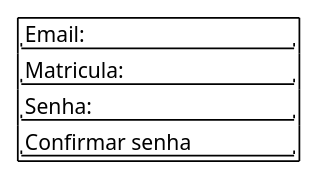
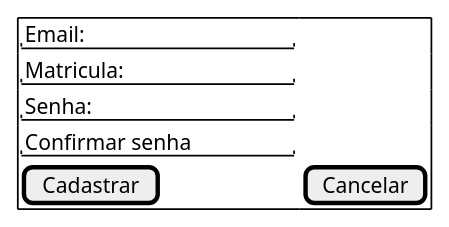
One commit to Projetos-de-Extensao/PBE_25.2_8004_Pioneiros changed the diagram in docs/Elaboracao/prototipo/criar_conta.wsd. Above: the diagram before and after it, drawn with PlantUML.

```diff
--- a/docs/Elaboracao/prototipo/criar_conta.wsd
+++ b/docs/Elaboracao/prototipo/criar_conta.wsd
@@ -1,8 +1,9 @@
 @startsalt
 {+
   "Email:             "
   "Matricula:         "
   "Senha:             "
   "Confirmar senha    "
+  [Cadastrar] | [Cancelar]
 }
 @endsalt
```
